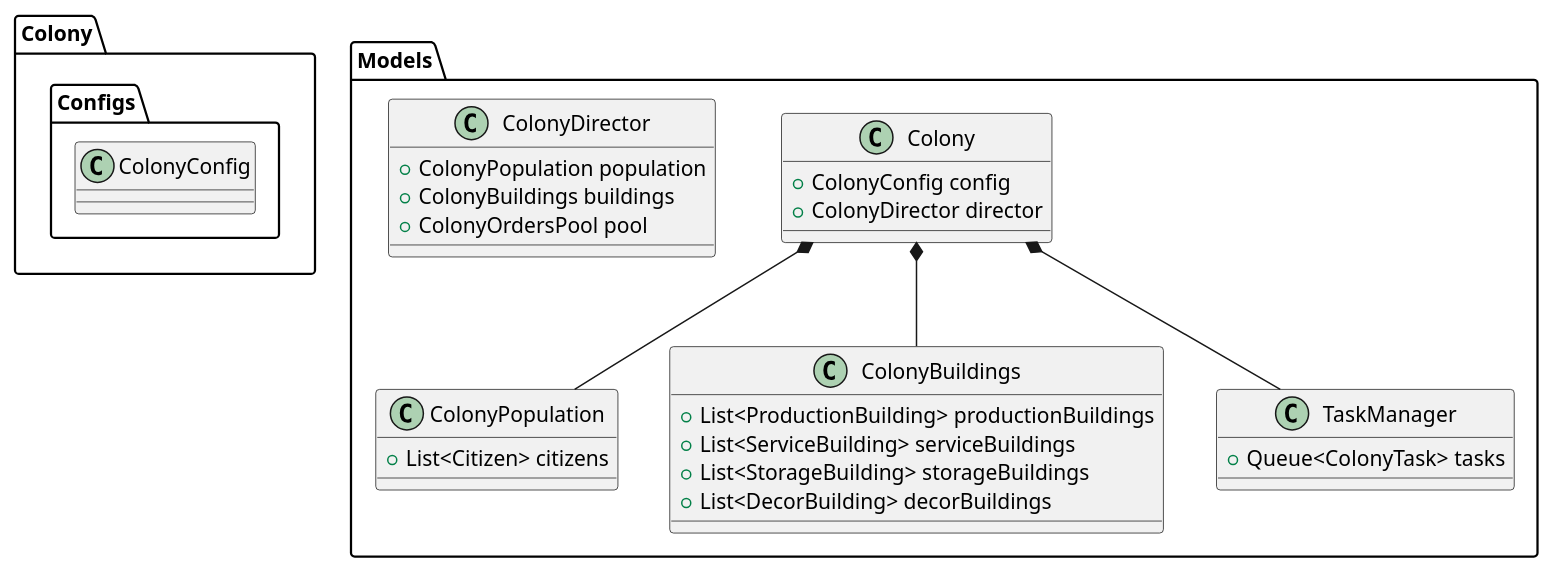
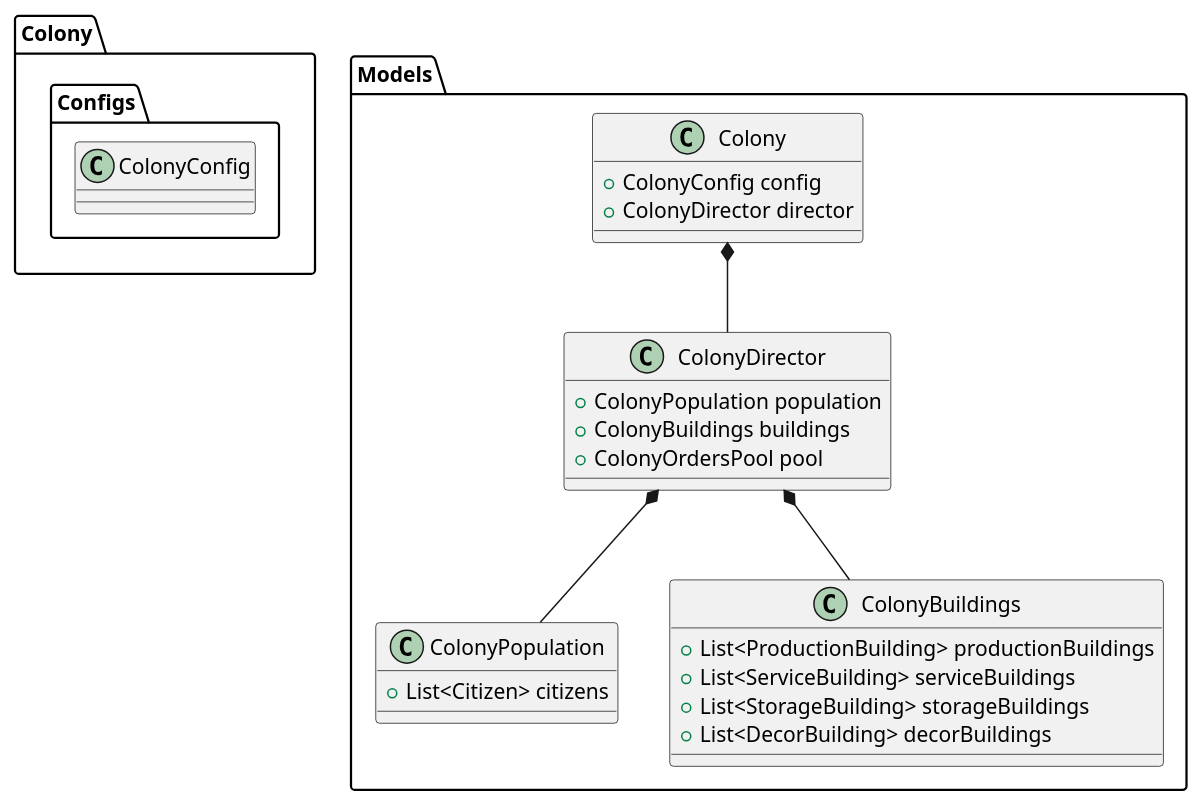
The diagram in Colony/Colony.puml (minusrep/Pivo-UML), drawn with PlantUML before and after one commit. The commit also changed 1 other file, not shown here.

```diff
--- a/Colony/Colony.puml
+++ b/Colony/Colony.puml
@@ -1,50 +1,45 @@
 @startuml
 
 package "Colony" 
 {
     package "Configs" 
     {
         class ColonyConfig 
         {
         }
     }
 }
     package "Models" {
     class Colony 
     {
         +ColonyConfig config
         +ColonyDirector director
     }
     
     class ColonyDirector
     {
         +ColonyPopulation population
         +ColonyBuildings buildings
         +ColonyOrdersPool pool
     }
     
     class ColonyPopulation 
     {
         +List<Citizen> citizens
     }
     
     class ColonyBuildings 
     {
         +List<ProductionBuilding> productionBuildings
         +List<ServiceBuilding> serviceBuildings
         +List<StorageBuilding> storageBuildings
         +List<DecorBuilding> decorBuildings
     }
-    
-    class TaskManager
-    {
-        +Queue<ColonyTask> tasks
-    }
-    
-    Colony *-- ColonyPopulation
-    Colony *-- ColonyBuildings
-    Colony *-- TaskManager
+
+    Colony *-- ColonyDirector
+    ColonyDirector *-- ColonyBuildings
+    ColonyDirector *-- ColonyPopulation
     }
 }
 
 @enduml
```
